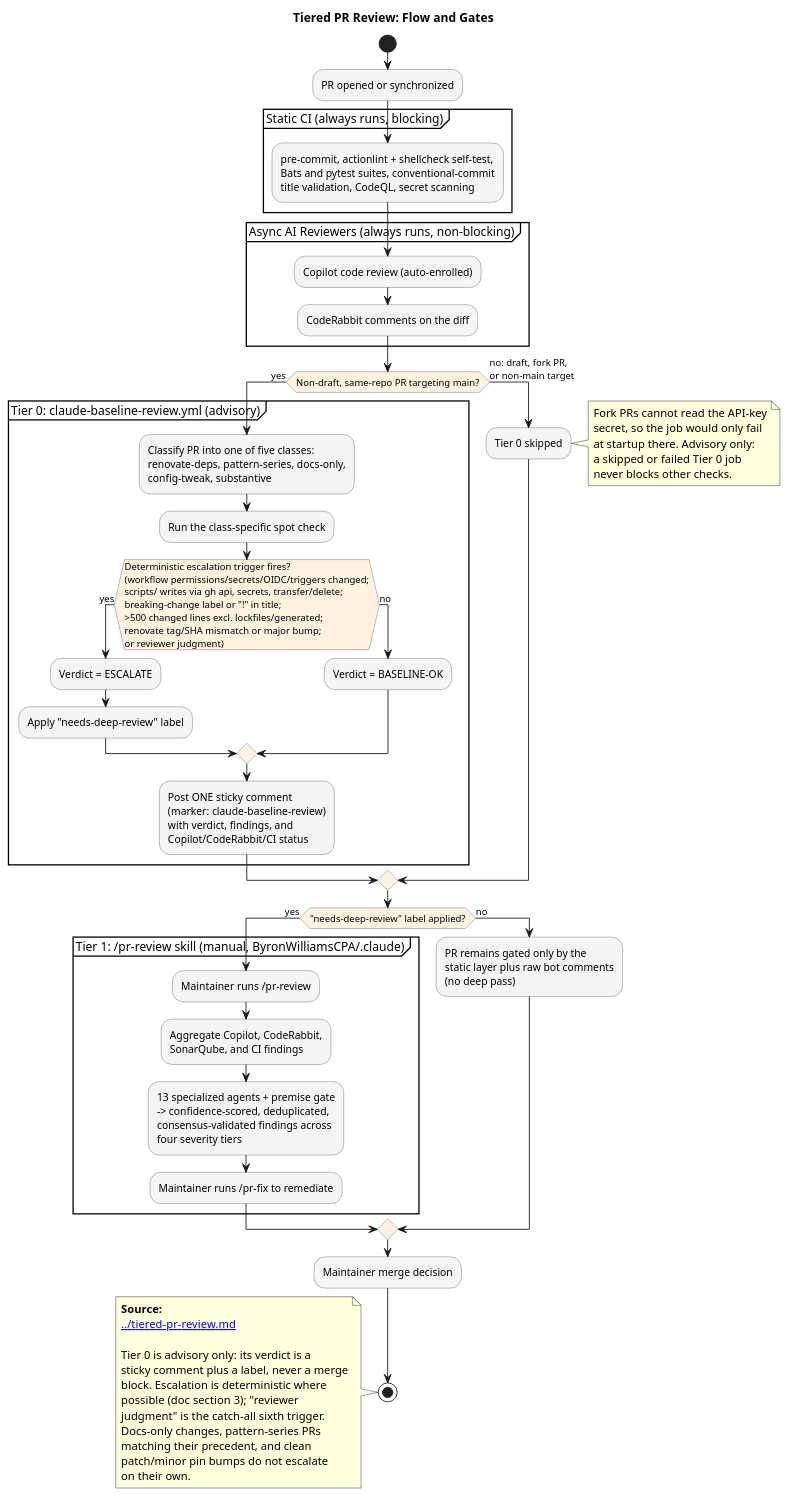
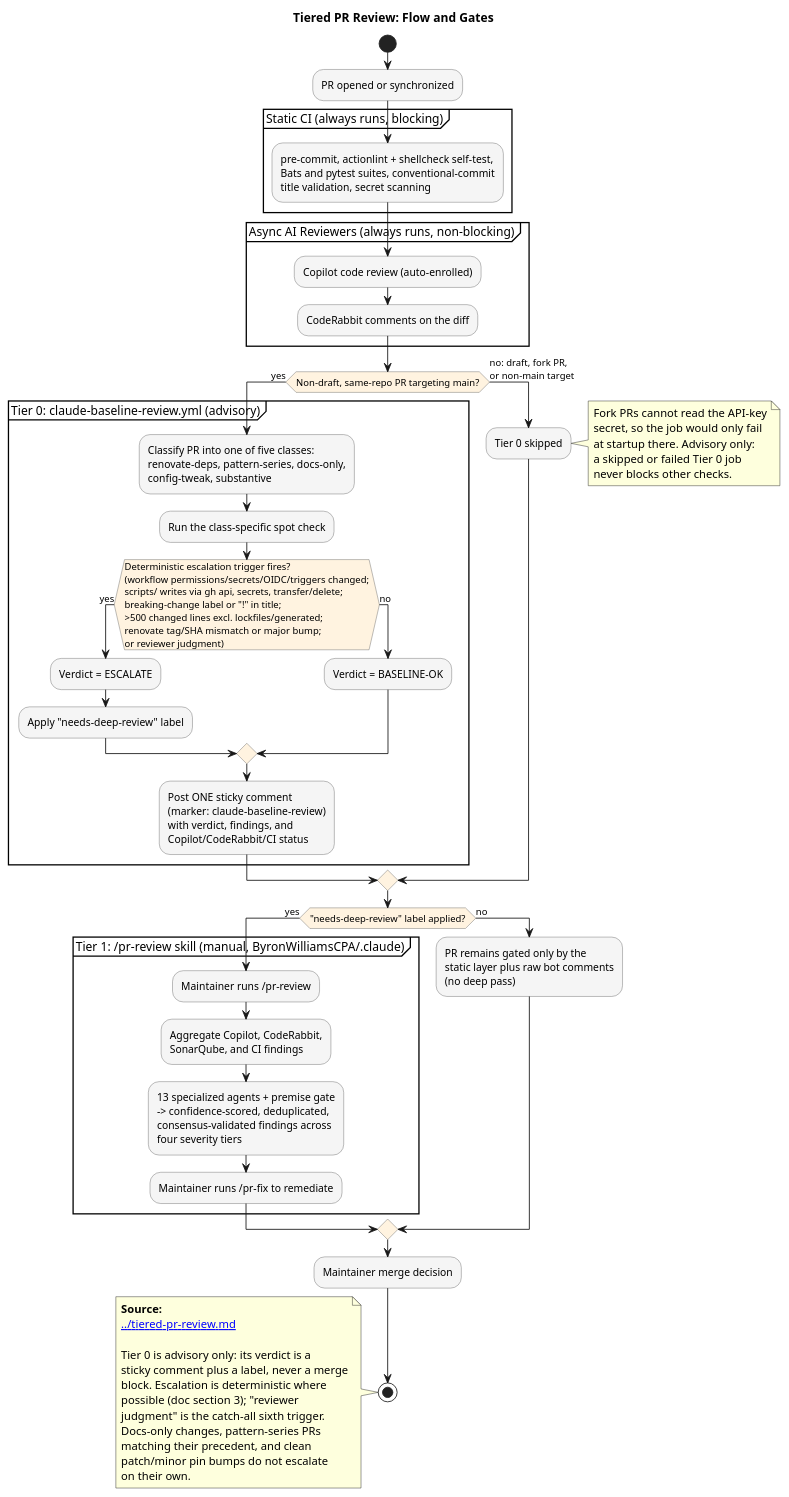
The diagram in docs/architecture/diagrams/tiered-pr-review-flow.puml (ByronWilliamsCPA/.github), drawn with PlantUML before and after one commit. The commit also changed 14 other files, not shown here.

```diff
--- a/docs/architecture/diagrams/tiered-pr-review-flow.puml
+++ b/docs/architecture/diagrams/tiered-pr-review-flow.puml
@@ -1,78 +1,78 @@
 @startuml tiered-pr-review-flow
 title Tiered PR Review: Flow and Gates
 
 skinparam backgroundColor #FFFFFF
 skinparam ActivityBackgroundColor #F5F5F5
 skinparam ActivityBorderColor #666666
 skinparam ActivityDiamondBackgroundColor #FFF3E0
 skinparam ActivityDiamondBorderColor #666666
 
 start
 :PR opened or synchronized;
 
 partition "Static CI (always runs, blocking)" {
   :pre-commit, actionlint + shellcheck self-test,
 Bats and pytest suites, conventional-commit
-title validation, CodeQL, secret scanning;
+title validation, secret scanning;
 }
 
 partition "Async AI Reviewers (always runs, non-blocking)" {
   :Copilot code review (auto-enrolled);
   :CodeRabbit comments on the diff;
 }
 
 if (Non-draft, same-repo PR targeting main?) then (yes)
   partition "Tier 0: claude-baseline-review.yml (advisory)" {
     :Classify PR into one of five classes:
 renovate-deps, pattern-series, docs-only,
 config-tweak, substantive;
     :Run the class-specific spot check;
     if (Deterministic escalation trigger fires?\n(workflow permissions/secrets/OIDC/triggers changed;\nscripts/ writes via gh api, secrets, transfer/delete;\nbreaking-change label or "!" in title;\n>500 changed lines excl. lockfiles/generated;\nrenovate tag/SHA mismatch or major bump;\nor reviewer judgment)) then (yes)
       :Verdict = ESCALATE;
       :Apply "needs-deep-review" label;
     else (no)
       :Verdict = BASELINE-OK;
     endif
     :Post ONE sticky comment\n(marker: claude-baseline-review)\nwith verdict, findings, and\nCopilot/CodeRabbit/CI status;
   }
 else (no: draft, fork PR,\nor non-main target)
   :Tier 0 skipped;
   note right
     Fork PRs cannot read the API-key
     secret, so the job would only fail
     at startup there. Advisory only:
     a skipped or failed Tier 0 job
     never blocks other checks.
   end note
 endif
 
 if ("needs-deep-review" label applied?) then (yes)
   partition "Tier 1: /pr-review skill (manual, ByronWilliamsCPA/.claude)" {
     :Maintainer runs /pr-review;
     :Aggregate Copilot, CodeRabbit,\nSonarQube, and CI findings;
     :13 specialized agents + premise gate\n-> confidence-scored, deduplicated,\nconsensus-validated findings across\nfour severity tiers;
     :Maintainer runs /pr-fix to remediate;
   }
 else (no)
   :PR remains gated only by the\nstatic layer plus raw bot comments\n(no deep pass);
 endif
 
 :Maintainer merge decision;
 stop
 
 note left
   **Source:**
   [[../tiered-pr-review.md]]
 
   Tier 0 is advisory only: its verdict is a
   sticky comment plus a label, never a merge
   block. Escalation is deterministic where
   possible (doc section 3); "reviewer
   judgment" is the catch-all sixth trigger.
   Docs-only changes, pattern-series PRs
   matching their precedent, and clean
   patch/minor pin bumps do not escalate
   on their own.
 end note
 
 @enduml
```
